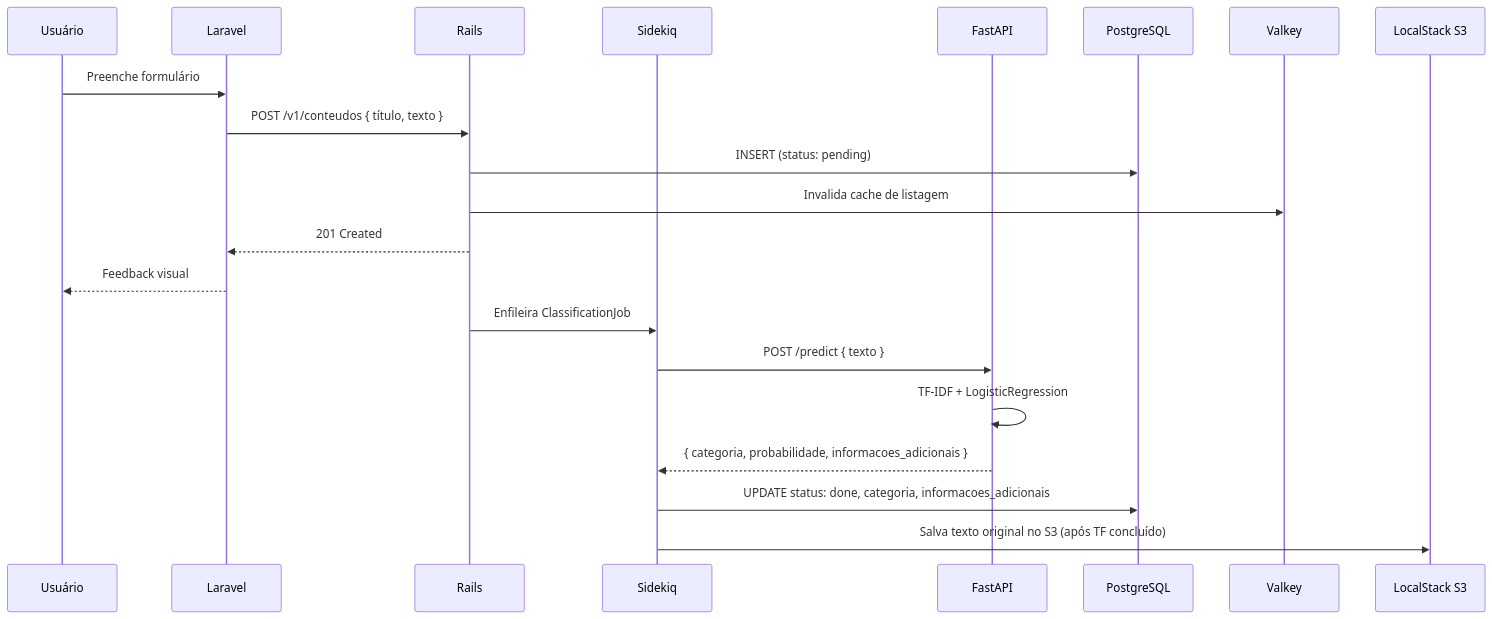
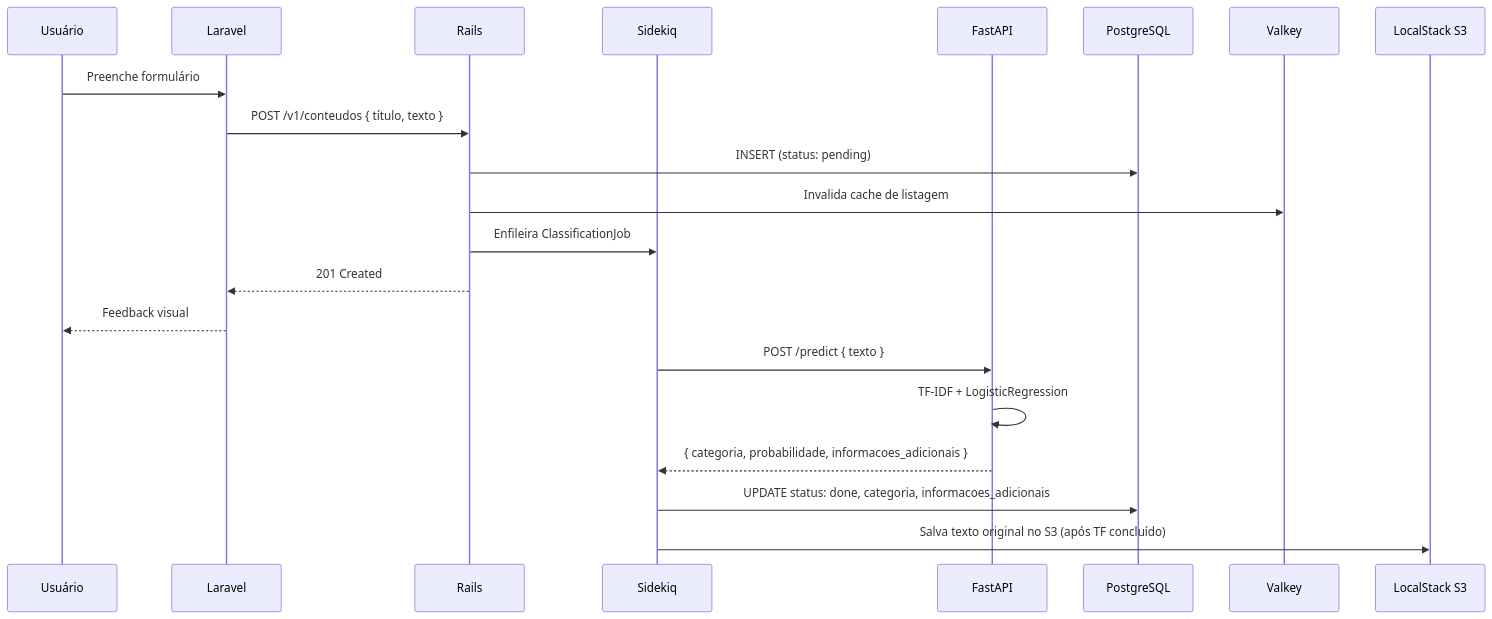
One commit to DessimA/tech-mind changed the third of 5 diagrams in docs/03-arquitetura.md. Above: the diagram before and after it, drawn with Mermaid.

Commit message:
docs: align enqueuing order with RF02 (job before 201)

````diff
--- a/docs/03-arquitetura.md
+++ b/docs/03-arquitetura.md
@@ -89,25 +89,24 @@
 ```mermaid
 sequenceDiagram
     participant U as Usuário
     participant FE as Laravel
     participant BE as Rails
     participant SQ as Sidekiq
     participant ML as FastAPI
     participant DB as PostgreSQL
     participant VK as Valkey
     participant LS as LocalStack S3
 
     U->>FE: Preenche formulário
     FE->>BE: POST /v1/conteudos { título, texto }
     BE->>DB: INSERT (status: pending)
     BE->>VK: Invalida cache de listagem
+    BE->>SQ: Enfileira ClassificationJob
     BE-->>FE: 201 Created
     FE-->>U: Feedback visual
-
-    BE->>SQ: Enfileira ClassificationJob
     SQ->>ML: POST /predict { texto }
     ML->>ML: TF-IDF + LogisticRegression
     ML-->>SQ: { categoria, probabilidade, informacoes_adicionais }
     SQ->>DB: UPDATE status: done, categoria, informacoes_adicionais
     SQ->>LS: Salva texto original no S3 (após TF concluído)
 ```
````
